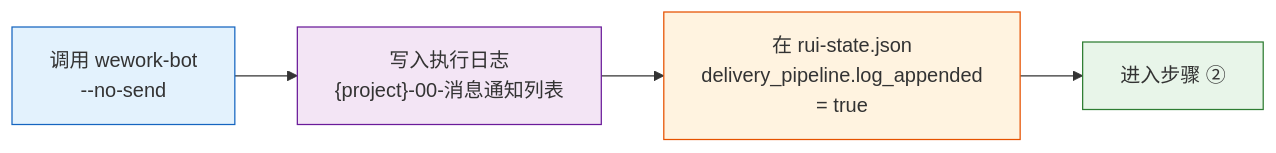
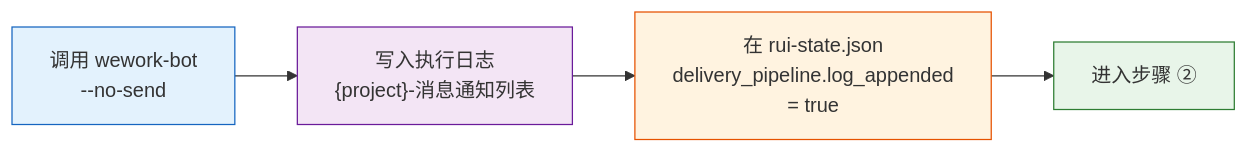
The third of 10 diagrams in rules/delivery-gate.md (effiy/YrY), drawn with Mermaid before and after one commit. The commit also changed 90 other files, not shown here.

````diff
--- a/rules/delivery-gate.md
+++ b/rules/delivery-gate.md
@@ -80,11 +80,11 @@
 ```mermaid
 flowchart LR
-    CALL["调用 wework-bot<br/>--no-send"]:::step --> LOG["写入执行日志<br/>{project}-00-消息通知列表"]:::out
+    CALL["调用 wework-bot<br/>--no-send"]:::step --> LOG["写入执行日志<br/>{project}-消息通知列表"]:::out
     LOG --> MARK["在 rui-state.json<br/>delivery_pipeline.log_appended<br/>= true"]:::mark
     MARK --> NEXT["进入步骤 ②"]:::next
 
     classDef step fill:#e3f2fd,stroke:#1565c0;
     classDef out fill:#f3e5f5,stroke:#6a1b9a;
     classDef mark fill:#fff3e0,stroke:#e65100;
     classDef next fill:#e8f5e9,stroke:#2e7d32;
 ```
````
